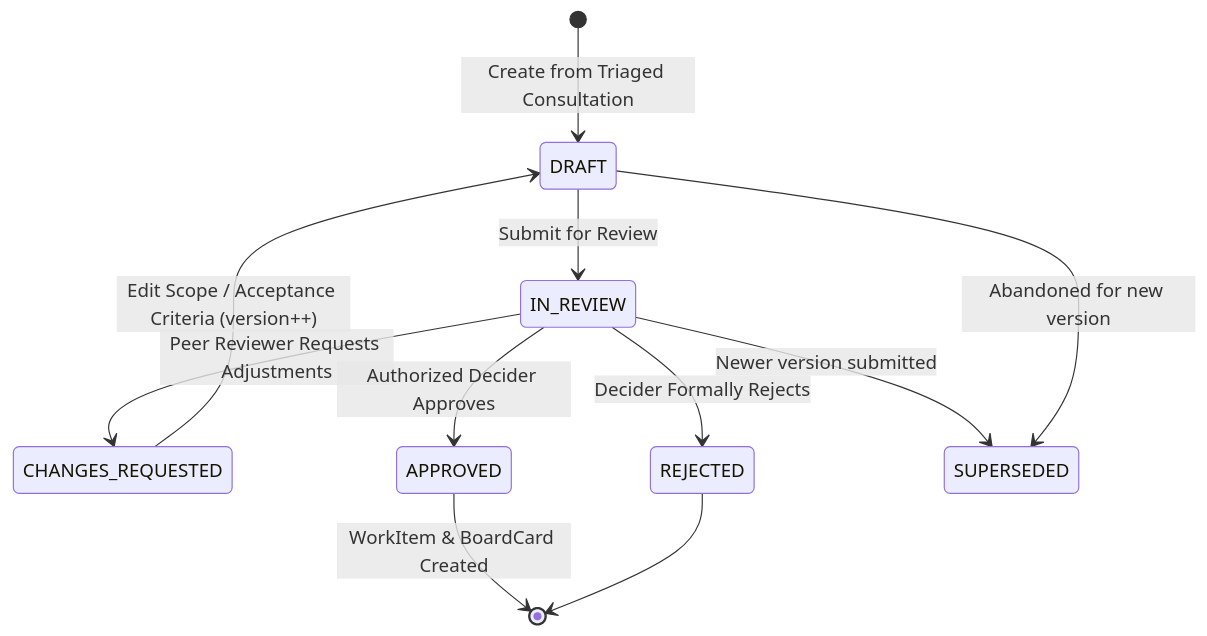
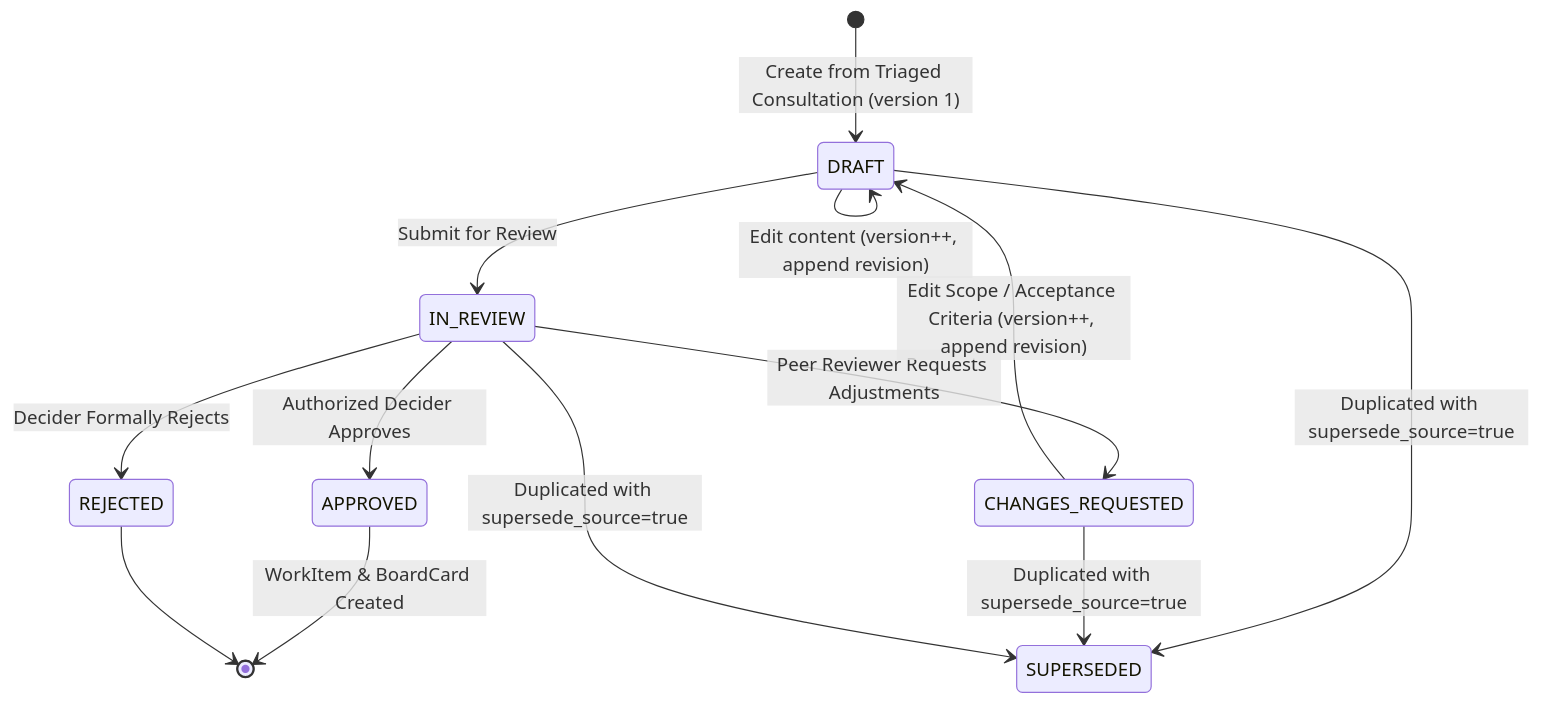
The fourth of 8 diagrams in docs/architecture/work-management-workflow.md (jacksonsr451/EventFlow), drawn with Mermaid before and after one commit. The commit also changed other lines of this file and 28 other files, not shown here.

````diff
--- a/docs/architecture/work-management-workflow.md
+++ b/docs/architecture/work-management-workflow.md
@@ -266,13 +299,15 @@
 ```mermaid
 stateDiagram-v2
-    [*] --> DRAFT: Create from Triaged Consultation
+    [*] --> DRAFT: Create from Triaged Consultation (version 1)
+    DRAFT --> DRAFT: Edit content (version++, append revision)
     DRAFT --> IN_REVIEW: Submit for Review
     IN_REVIEW --> CHANGES_REQUESTED: Peer Reviewer Requests Adjustments
-    CHANGES_REQUESTED --> DRAFT: Edit Scope / Acceptance Criteria (version++)
+    CHANGES_REQUESTED --> DRAFT: Edit Scope / Acceptance Criteria (version++, append revision)
     IN_REVIEW --> REJECTED: Decider Formally Rejects
     IN_REVIEW --> APPROVED: Authorized Decider Approves
-    IN_REVIEW --> SUPERSEDED: Newer version submitted
-    DRAFT --> SUPERSEDED: Abandoned for new version
+    DRAFT --> SUPERSEDED: Duplicated with supersede_source=true
+    CHANGES_REQUESTED --> SUPERSEDED: Duplicated with supersede_source=true
+    IN_REVIEW --> SUPERSEDED: Duplicated with supersede_source=true
     APPROVED --> [*]: WorkItem & BoardCard Created
     REJECTED --> [*]
 ```
````
